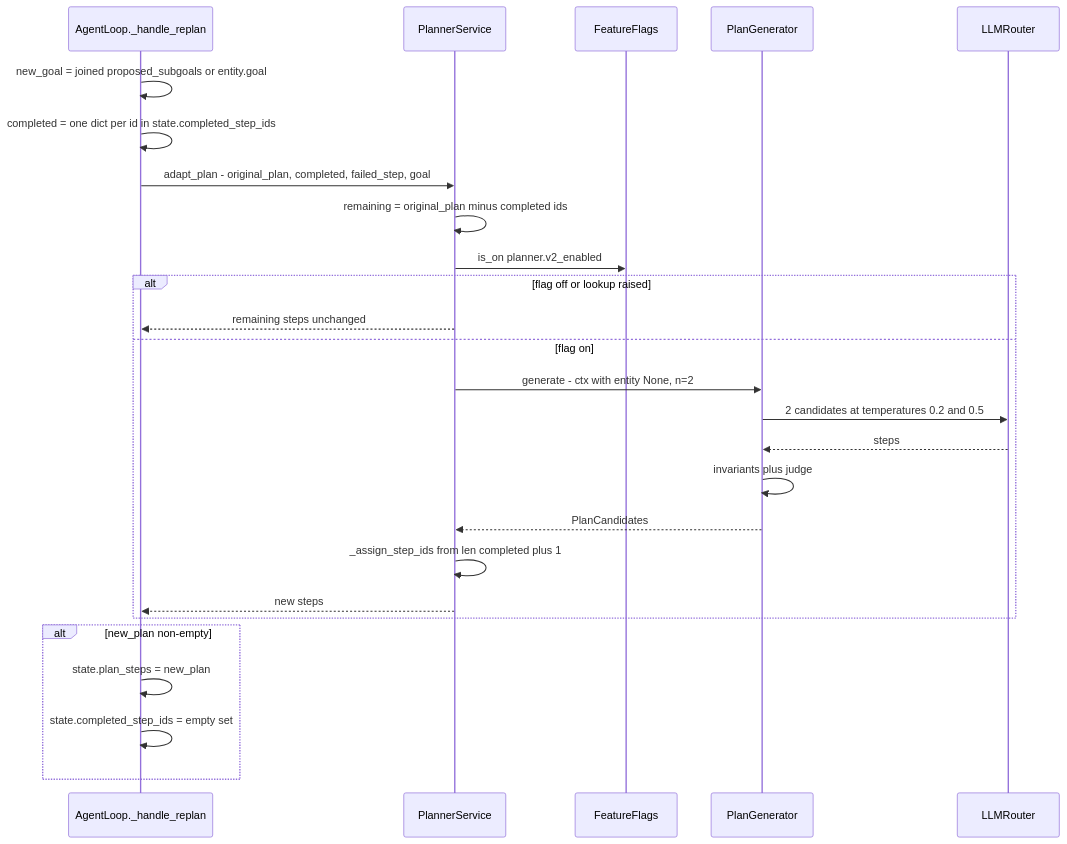
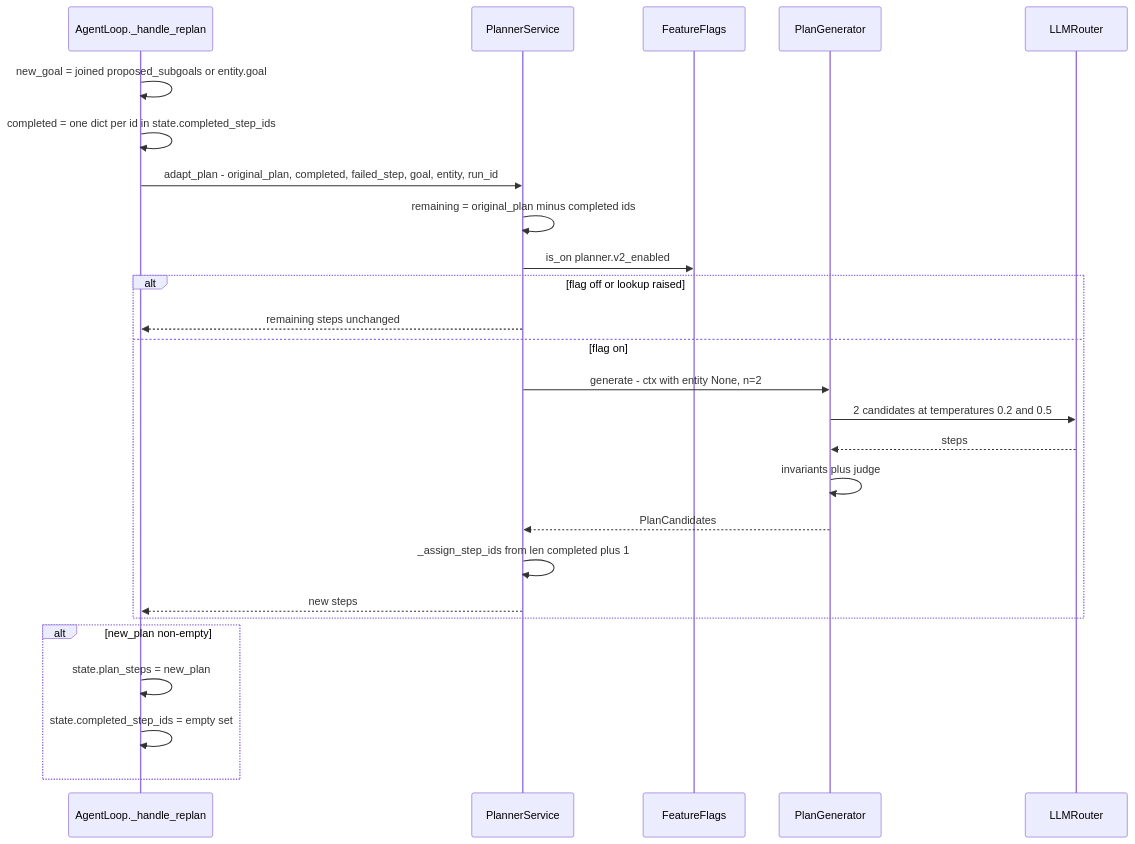
Before and after one commit to gondolerahul/hire-buddha-app: diagram 12 of 27 in docs/current/07-planning-and-critics.md, drawn with Mermaid. The commit also changed other lines of this file and 4 other files, not shown here.

First line of the commit message:
fix(planning): a replan is a full plan — validated against the entity and billed to the run (PC-20)

````diff
--- a/docs/current/07-planning-and-critics.md
+++ b/docs/current/07-planning-and-critics.md
@@ -913,29 +925,29 @@
 ```mermaid
 sequenceDiagram
     participant AL as AgentLoop._handle_replan
     participant PS as PlannerService
     participant FF as FeatureFlags
     participant PG as PlanGenerator
     participant LLM as LLMRouter
 
     AL->>AL: new_goal = joined proposed_subgoals or entity.goal
     AL->>AL: completed = one dict per id in state.completed_step_ids
-    AL->>PS: adapt_plan - original_plan, completed, failed_step, goal
+    AL->>PS: adapt_plan - original_plan, completed, failed_step, goal, entity, run_id
     PS->>PS: remaining = original_plan minus completed ids
     PS->>FF: is_on planner.v2_enabled
     alt flag off or lookup raised
         PS-->>AL: remaining steps unchanged
     else flag on
         PS->>PG: generate - ctx with entity None, n=2
         PG->>LLM: 2 candidates at temperatures 0.2 and 0.5
         LLM-->>PG: steps
         PG->>PG: invariants plus judge
         PG-->>PS: PlanCandidates
         PS->>PS: _assign_step_ids from len completed plus 1
         PS-->>AL: new steps
     end
     alt new_plan non-empty
         AL->>AL: state.plan_steps = new_plan
         AL->>AL: state.completed_step_ids = empty set
     end
 ```
````
